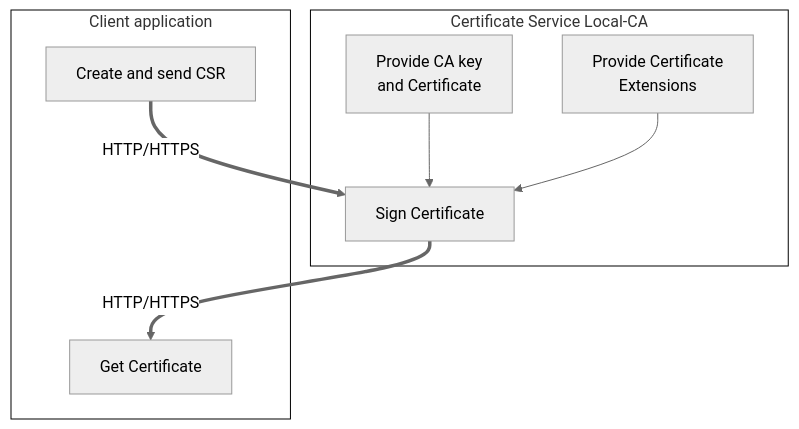
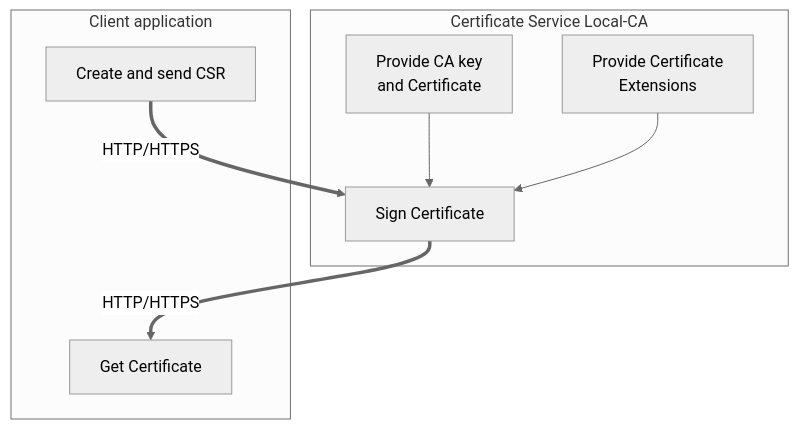
The fourth of 5 diagrams in architecture/architecture.md (open-crypto-broker/crypto-broker-documentation), drawn with Mermaid (neutral theme) before and after one commit. The commit also changed other lines of this file and 1 other file, not shown here.

````diff
--- a/architecture/architecture.md
+++ b/architecture/architecture.md
@@ -116,21 +118,19 @@
 ```mermaid
 graph TD
     
     subgraph ca [Certificate Service Local-CA]
         C[Provide CA key<br/>and Certificate]
         D[Provide Certificate<br/>Extensions]
         E[Sign Certificate]
         C --> E
         D --> E
     end
-    style ca fill:#ffffff,stroke:#000000
     
     subgraph client [Client application]
         A[Create and send CSR]
         B[Get Certificate]
     end
-    style client fill:#ffffff,stroke:#000000
     
     A == HTTP/HTTPS ==> E
     E == HTTP/HTTPS ==> B
 ```
````
